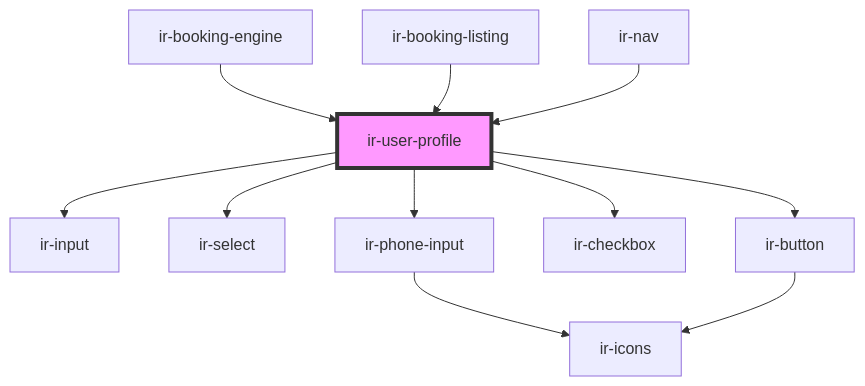
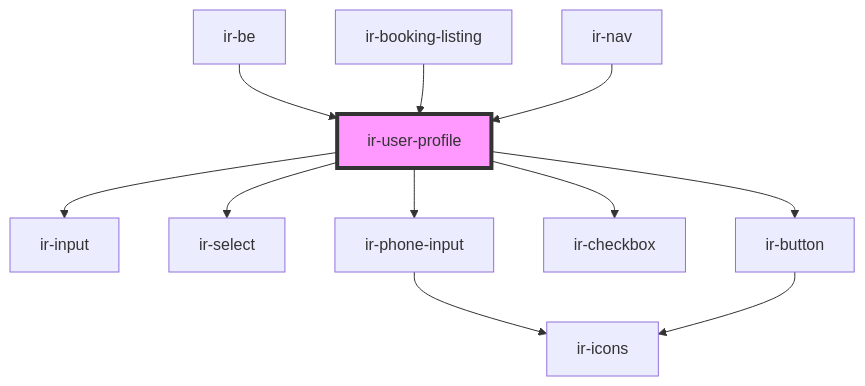
Before and after one commit to RonyRizk/ir-be: the diagram in src/components/ir-booking-engine/ir-nav/ir-user-profile/readme.md, drawn with Mermaid. The commit also changed other lines of this file and 144 other files, not shown here.

````diff
--- a/src/components/ir-booking-engine/ir-nav/ir-user-profile/readme.md
+++ b/src/components/ir-booking-engine/ir-nav/ir-user-profile/readme.md
@@ -33,14 +33,14 @@
 ```mermaid
 graph TD;
   ir-user-profile --> ir-input
   ir-user-profile --> ir-select
   ir-user-profile --> ir-phone-input
   ir-user-profile --> ir-checkbox
   ir-user-profile --> ir-button
   ir-phone-input --> ir-icons
   ir-button --> ir-icons
-  ir-booking-engine --> ir-user-profile
+  ir-be --> ir-user-profile
   ir-booking-listing --> ir-user-profile
   ir-nav --> ir-user-profile
   style ir-user-profile fill:#f9f,stroke:#333,stroke-width:4px
 ```
````
